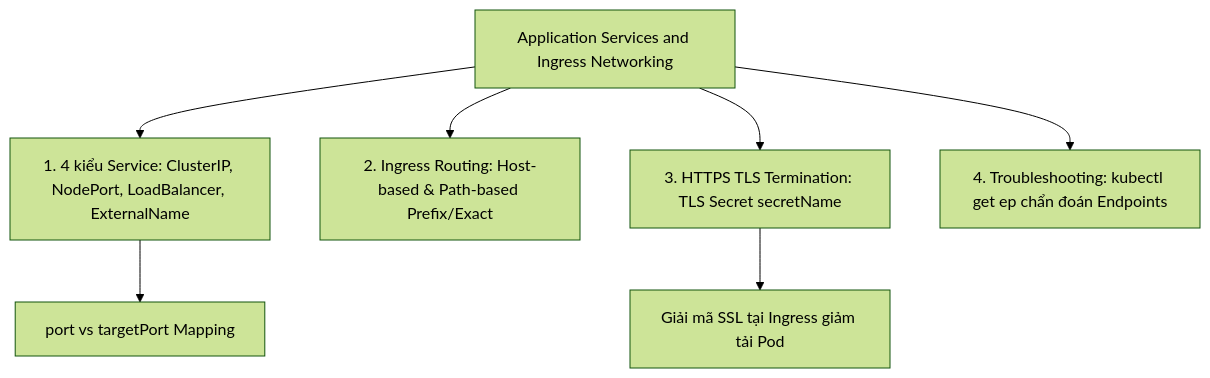
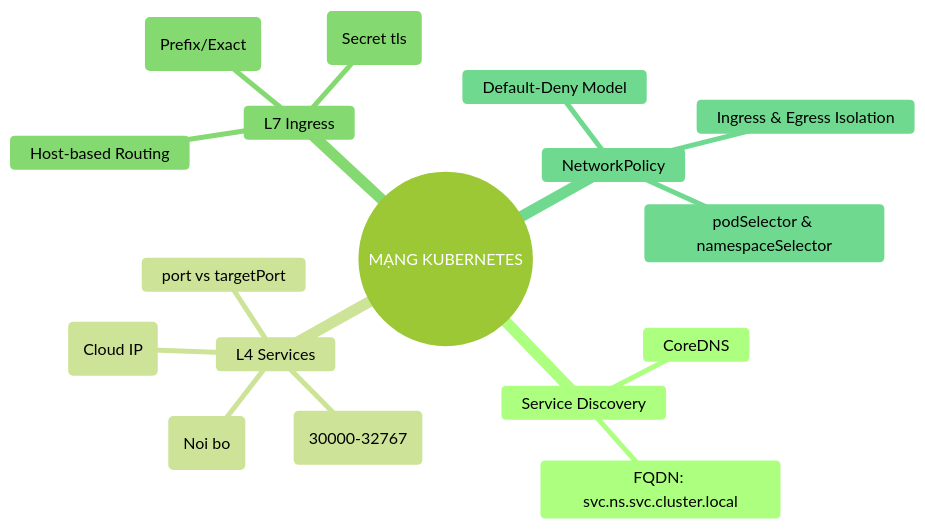
Before and after one commit to kiennt308/ntk: the third of 3 diagrams in _posts/2026-09-12-ckad-14-14-mang-cho-nguoi-viet-ung-dung.md, drawn with Mermaid (forest theme). The commit also changed other lines of this file and 13 other files, not shown here.

````diff
--- a/_posts/2026-09-12-ckad-14-14-mang-cho-nguoi-viet-ung-dung.md
+++ b/_posts/2026-09-12-ckad-14-14-mang-cho-nguoi-viet-ung-dung.md
@@ -347,10 +588,20 @@
 ```mermaid
-graph TD
-    Networking[Application Services and Ingress Networking] --> Services[1. 4 kiểu Service: ClusterIP, NodePort, LoadBalancer, ExternalName]
-    Networking --> Ingress[2. Ingress Routing: Host-based & Path-based Prefix/Exact]
-    Networking --> TLS[3. HTTPS TLS Termination: TLS Secret secretName]
-    Networking --> Troubleshooting[4. Troubleshooting: kubectl get ep chẩn đoán Endpoints]
-    
-    Services --> Ports[port vs targetPort Mapping]
-    TLS --> Offloading[Giải mã SSL tại Ingress giảm tải Pod]
+mindmap
+  root((MẠNG KUBERNETES))
+    Service Discovery
+      CoreDNS
+      FQDN: svc.ns.svc.cluster.local
+    L4 Services
+      ClusterIP (Noi bo)
+      NodePort (30000-32767)
+      LoadBalancer (Cloud IP)
+      port vs targetPort
+    L7 Ingress
+      Host-based Routing
+      Path-based Routing (Prefix/Exact)
+      TLS Termination (Secret tls)
+    NetworkPolicy
+      Default-Deny Model
+      podSelector & namespaceSelector
+      Ingress & Egress Isolation
 ```
````
